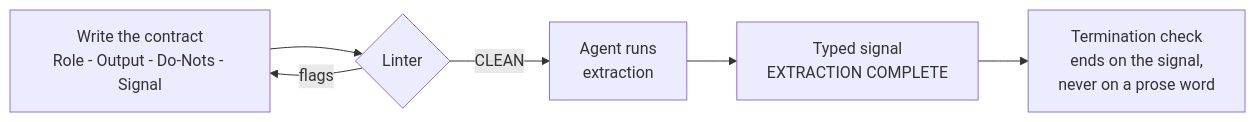
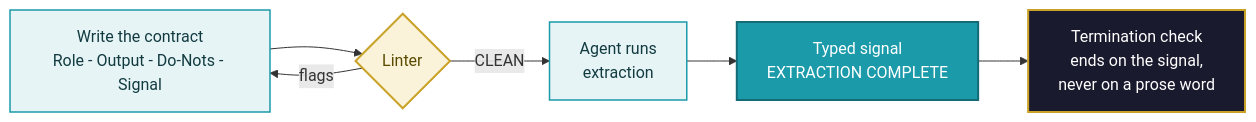
The third of 3 diagrams in diagrams/CONCEPT-DIAGRAMS.md (GAI-Engineering/poc-learning-lab), drawn with Mermaid before and after one commit. The commit also changed other lines of this file, not shown here.

Commit message:
Concept diagrams polished: professional palette (navy/gold/teal, rose for the flagged path), styled nodes, headline ideas in strong teal

````diff
--- a/diagrams/CONCEPT-DIAGRAMS.md
+++ b/diagrams/CONCEPT-DIAGRAMS.md
@@ -40,8 +50,12 @@
 ```mermaid
 flowchart LR
-    A[Write the contract<br/>Role - Output - Do-Nots - Signal] --> L{Linter}
+    A["Write the contract<br/>Role - Output - Do-Nots - Signal"]:::proc --> L{"Linter"}:::decision
     L -->|flags| A
-    L -->|CLEAN| R[Agent runs<br/>extraction]
-    R --> S[Typed signal<br/>EXTRACTION COMPLETE]
-    S --> X[Termination check<br/>ends on the signal,<br/>never on a prose word]
+    L -->|CLEAN| R["Agent runs<br/>extraction"]:::proc
+    R --> S["Typed signal<br/>EXTRACTION COMPLETE"]:::metric
+    S --> X["Termination check<br/>ends on the signal,<br/>never on a prose word"]:::io
+    classDef io fill:#1A1A2E,stroke:#C9A227,stroke-width:2px,color:#FFFFFF;
+    classDef proc fill:#E6F4F6,stroke:#1B9AAA,stroke-width:1.5px,color:#123B40;
+    classDef decision fill:#FBF3D9,stroke:#C9A227,stroke-width:2px,color:#5A4A00;
+    classDef metric fill:#1B9AAA,stroke:#146B76,stroke-width:2px,color:#FFFFFF;
 ```
````
